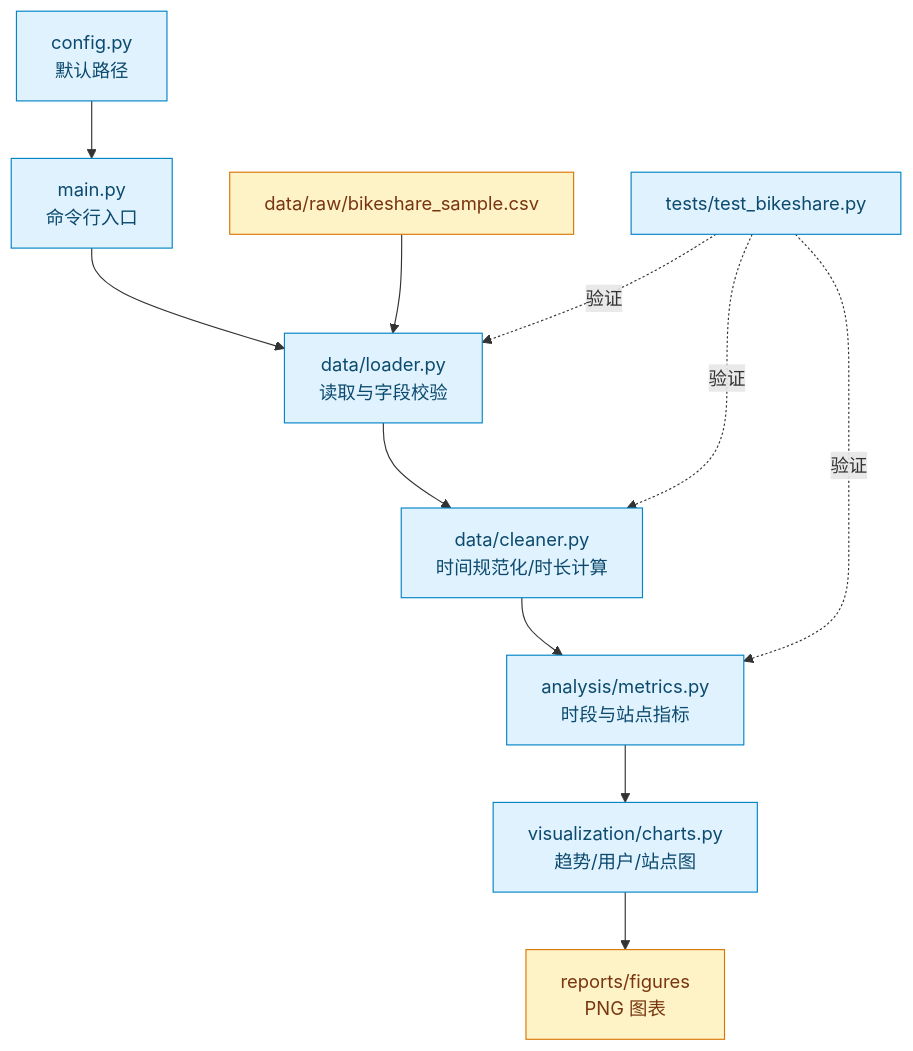
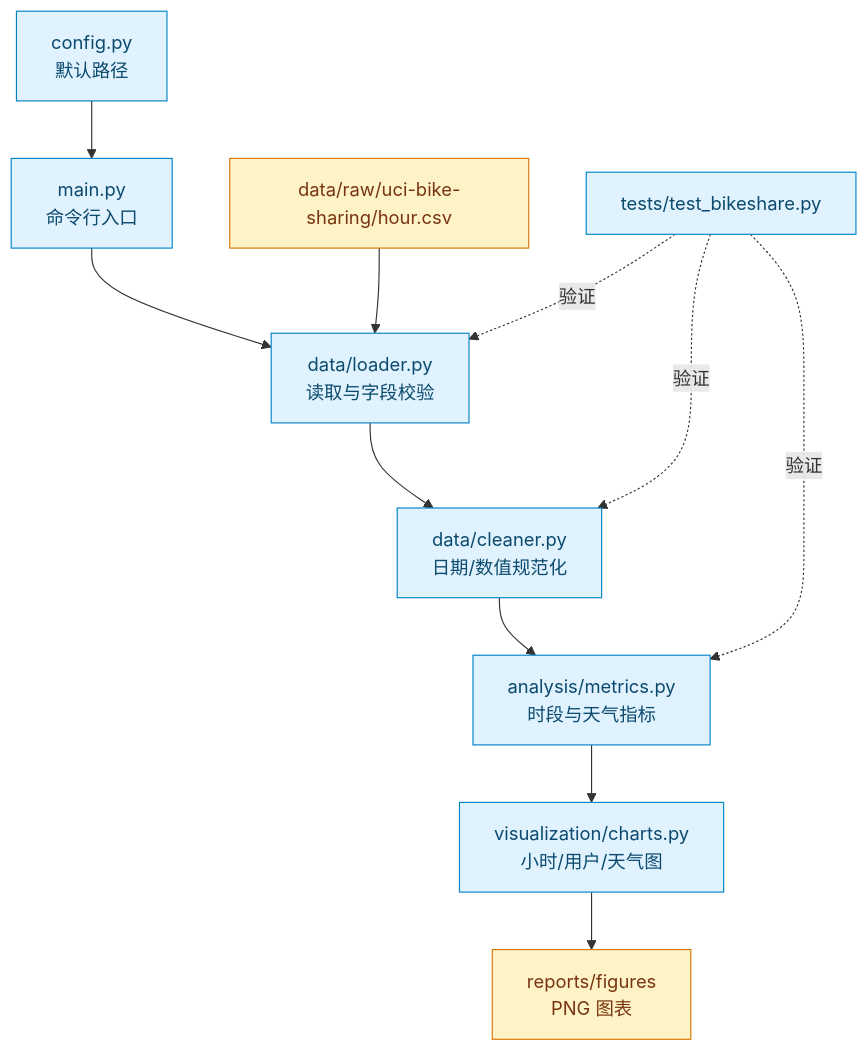
The diagram in docs/code-structure.mmd (EnergyPower233/HDU-softwareengineering-practice), drawn with Mermaid before and after one commit. The commit also changed 18 other files, not shown here.

```diff
--- a/docs/code-structure.mmd
+++ b/docs/code-structure.mmd
@@ -1,16 +1,16 @@
 flowchart TD
     A[main.py<br/>命令行入口] --> B[data/loader.py<br/>读取与字段校验]
-    B --> C[data/cleaner.py<br/>时间规范化/时长计算]
-    C --> D[analysis/metrics.py<br/>时段与站点指标]
-    D --> E[visualization/charts.py<br/>趋势/用户/站点图]
+    B --> C[data/cleaner.py<br/>日期/数值规范化]
+    C --> D[analysis/metrics.py<br/>时段与天气指标]
+    D --> E[visualization/charts.py<br/>小时/用户/天气图]
     F[config.py<br/>默认路径] --> A
     E --> G[reports/figures<br/>PNG 图表]
-    H[data/raw/bikeshare_sample.csv] --> B
+    H[data/raw/uci-bike-sharing/hour.csv] --> B
     I[tests/test_bikeshare.py] -.验证.-> B
     I -.验证.-> C
     I -.验证.-> D
 
     classDef module fill:#e0f2fe,stroke:#0284c7,color:#0c4a6e;
     classDef io fill:#fef3c7,stroke:#d97706,color:#78350f;
     class A,B,C,D,E,F,I module;
     class G,H io;
```
